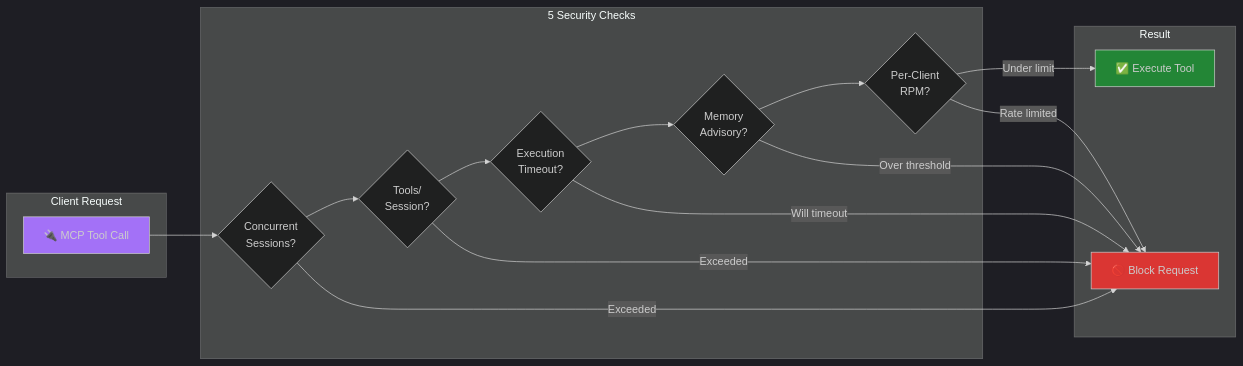
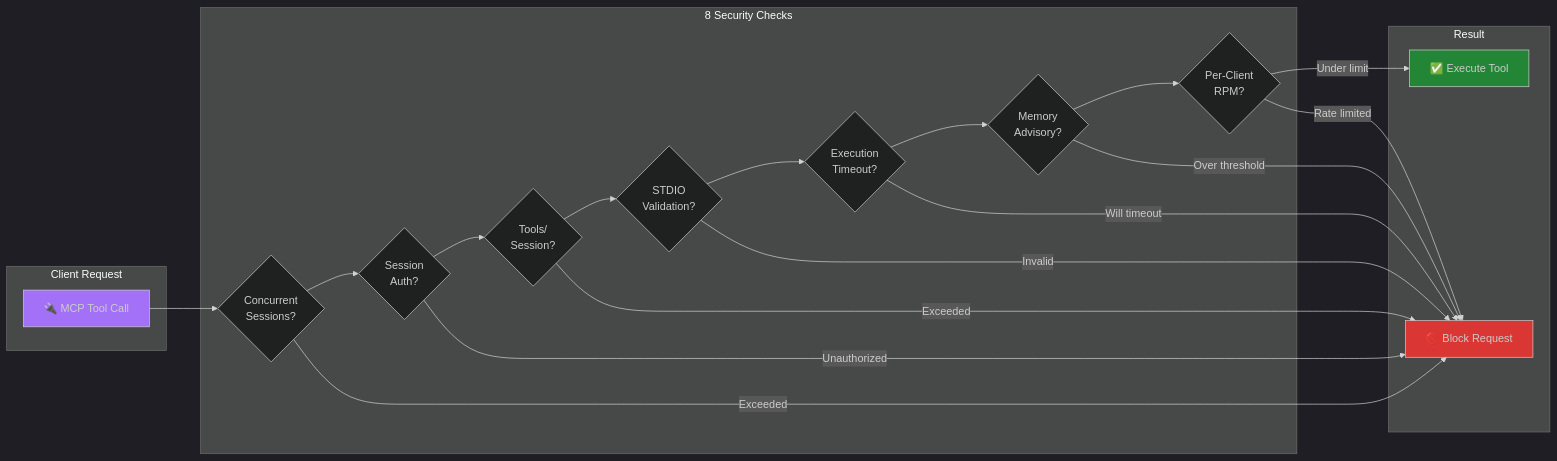
The fourth of 5 diagrams in README.md (aegisgatesecurity/aegisgate-platform), drawn with Mermaid before and after one commit. The commit also changed other lines of this file and 1 other file, not shown here.

First line of the commit message:
docs: README cleanup, CI threshold update

````diff
--- a/README.md
+++ b/README.md
@@ -551,37 +466,43 @@
 ```mermaid
 %%{init: {'theme': 'dark'}}%%
 flowchart LR
     subgraph Request["Client Request"]
         A["🔌 MCP Tool Call"]
     end
 
-    subgraph Guardrails["5 Security Checks"]
+    subgraph Guardrails["8 Security Checks"]
         B{Concurrent
         Sessions?}
-        C{Tools/
+        C{Session
+        Auth?}
+        D{Tools/
         Session?}
-        D{Execution
+        E{STDIO
+        Validation?}
+        F{Execution
         Timeout?}
-        E{Memory
+        G{Memory
         Advisory?}
-        F{Per-Client
+        H{Per-Client
         RPM?}
     end
 
     subgraph Result
-        G["✅ Execute Tool"]
-        H["🚫 Block Request"]
+        I["✅ Execute Tool"]
+        J["🚫 Block Request"]
     end
 
-    A --> B --> C --> D --> E --> F
-    B -->|Exceeded| H
-    C -->|Exceeded| H
-    D -->|Will timeout| H
-    E -->|Over threshold| H
-    F -->|Rate limited| H
-    F -->|Under limit| G
+    A --> B --> C --> D --> E --> F --> G --> H
+    B -->|Exceeded| J
+    C -->|Unauthorized| J
+    D -->|Exceeded| J
+    E -->|Invalid| J
+    F -->|Will timeout| J
+    G -->|Over threshold| J
+    H -->|Rate limited| J
+    H -->|Under limit| I
 
-    style H fill:#da3633
-    style G fill:#238636
+    style J fill:#da3633
+    style I fill:#238636
     style A fill:#a371f7
 ```
````
